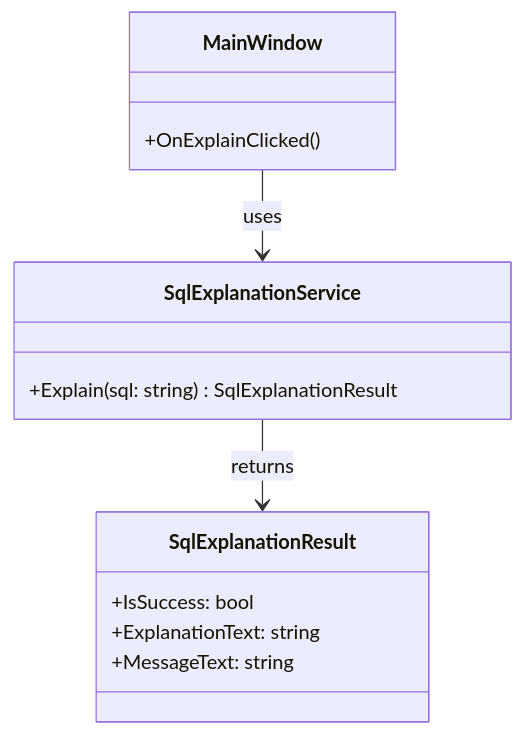
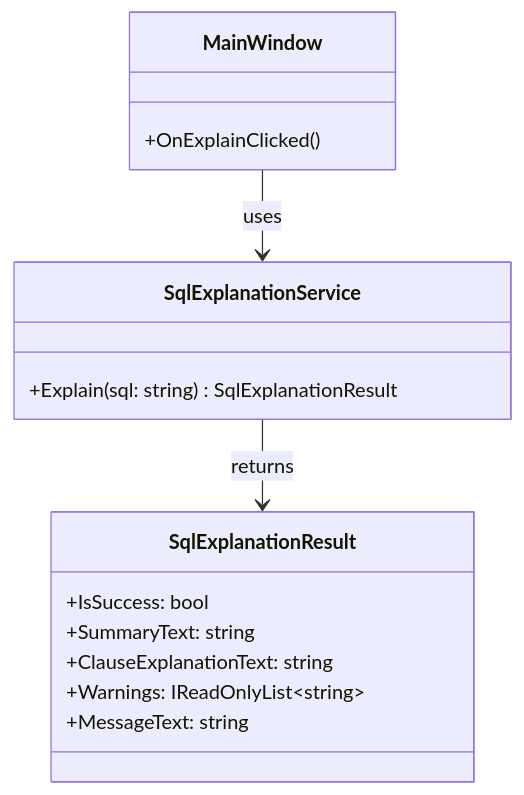
The diagram in docs/class-design.md (hamada-takayoshi/sql-explainer-tool), drawn with Mermaid before and after one commit. The commit also changed other lines of this file and 1 other file, not shown here.

Commit message:
docs: fix P3-02 DTO I/F consistency in class diagram

````diff
--- a/docs/class-design.md
+++ b/docs/class-design.md
@@ -25,21 +25,23 @@
 ```mermaid
 classDiagram
     direction TB
 
     class MainWindow {
       +OnExplainClicked()
     }
 
     class SqlExplanationService {
       +Explain(sql: string) SqlExplanationResult
     }
 
     class SqlExplanationResult {
       +IsSuccess: bool
-      +ExplanationText: string
+      +SummaryText: string
+      +ClauseExplanationText: string
+      +Warnings: IReadOnlyList~string~
       +MessageText: string
     }
 
     MainWindow --> SqlExplanationService : uses
     SqlExplanationService --> SqlExplanationResult : returns
 ```
````
